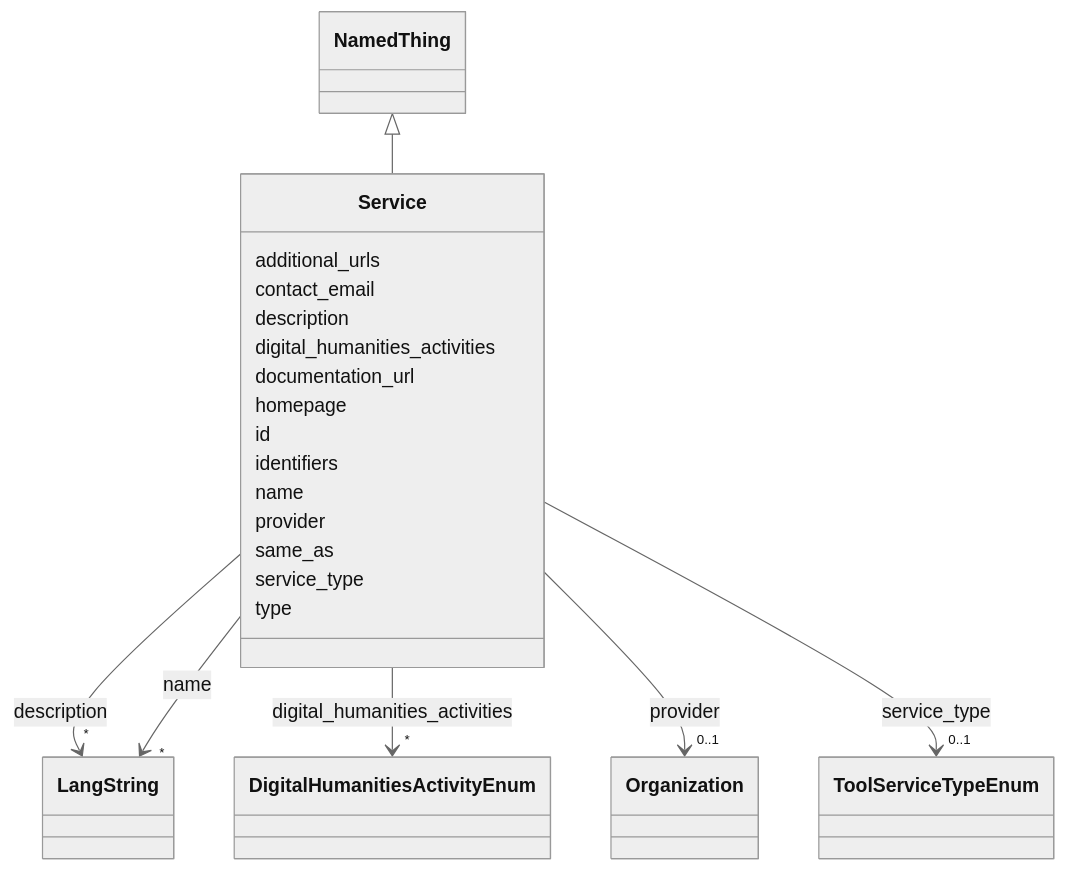
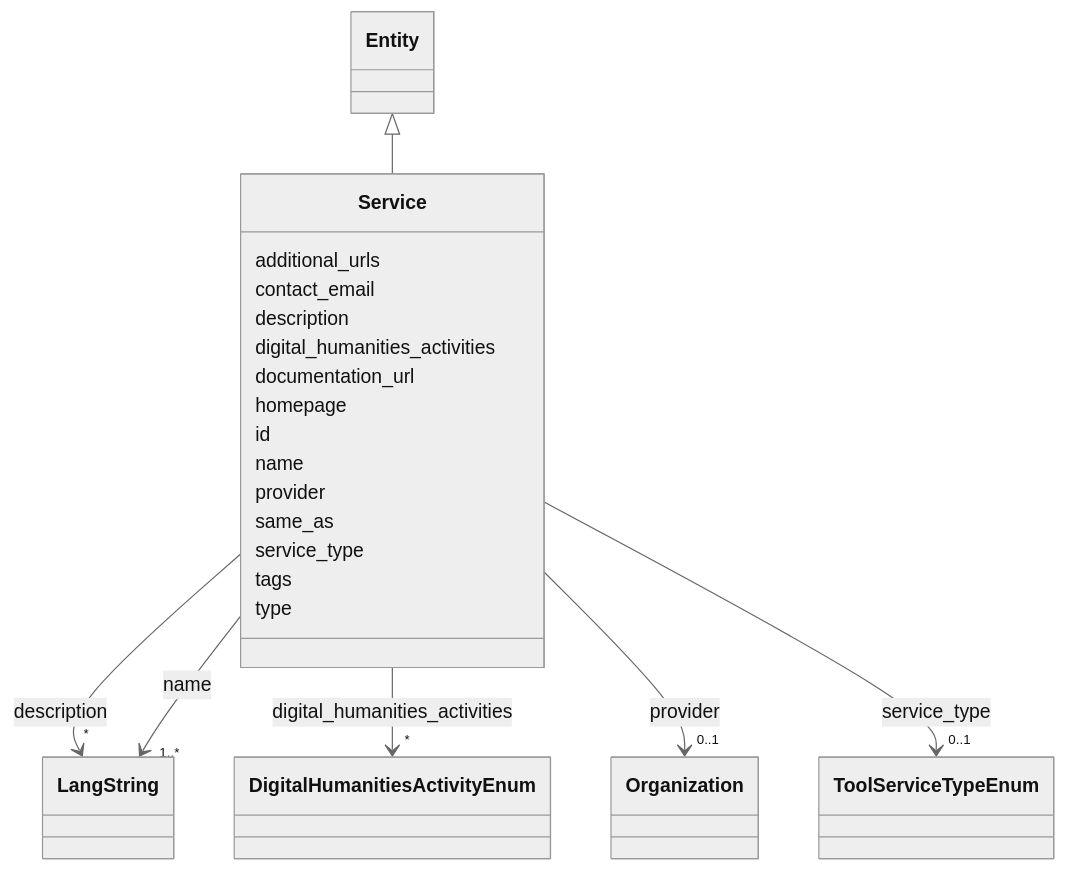
One commit to DARIAH-IL/idhi-manifests changed the diagram in docs/classes/Service.md. Above: the diagram before and after it, drawn with Mermaid (neutral theme). The commit also changed other lines of this file and 99 other files, not shown here.

````diff
--- a/docs/classes/Service.md
+++ b/docs/classes/Service.md
@@ -23,80 +23,80 @@
 ```mermaid
  classDiagram
     class Service
     click Service href "../../classes/Service/"
-      NamedThing <|-- Service
-        click NamedThing href "../../classes/NamedThing/"
+      Entity <|-- Service
+        click Entity href "../../classes/Entity/"
       
       Service : additional_urls
         
       Service : contact_email
         
       Service : description
         
           
     
         
         
         Service --> "*" LangString : description
         click LangString href "../../classes/LangString/"
     
 
         
       Service : digital_humanities_activities
         
           
     
         
         
         Service --> "*" DigitalHumanitiesActivityEnum : digital_humanities_activities
         click DigitalHumanitiesActivityEnum href "../../enums/DigitalHumanitiesActivityEnum/"
     
 
         
       Service : documentation_url
         
       Service : homepage
         
       Service : id
         
-      Service : identifiers
-        
       Service : name
         
           
     
         
         
-        Service --> "*" LangString : name
+        Service --> "1..*" LangString : name
         click LangString href "../../classes/LangString/"
     
 
         
       Service : provider
         
           
     
         
         
         Service --> "0..1" Organization : provider
         click Organization href "../../classes/Organization/"
     
 
         
       Service : same_as
         
       Service : service_type
         
           
     
         
         
         Service --> "0..1" ToolServiceTypeEnum : service_type
         click ToolServiceTypeEnum href "../../enums/ToolServiceTypeEnum/"
     
 
         
+      Service : tags
+        
       Service : type
         
       
 ```
````
